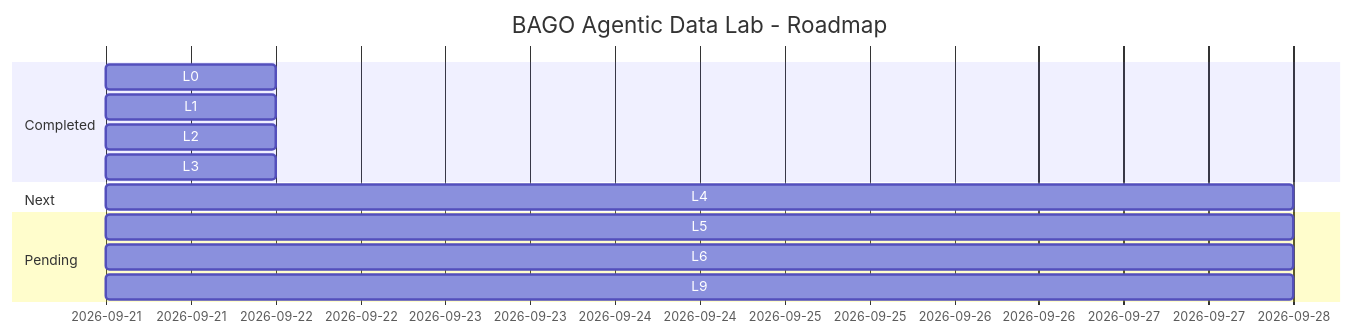
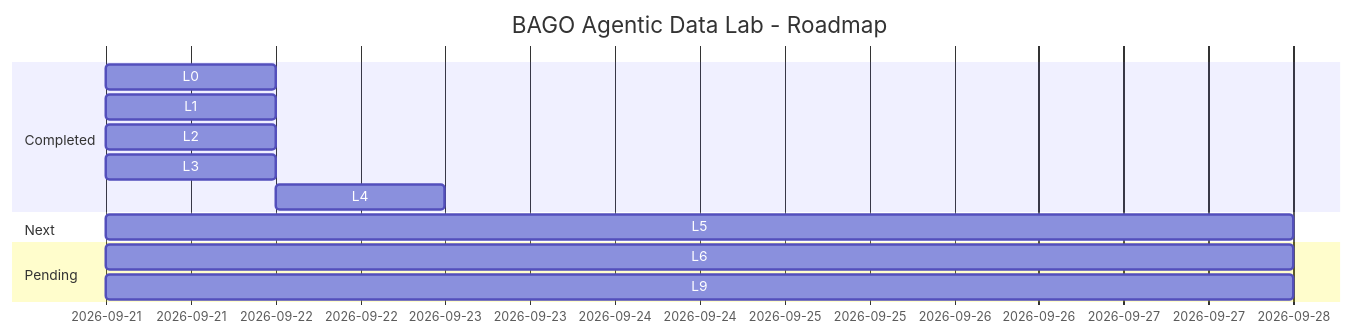
One commit to MarcValls/BAGO_AGENTIC_DATA_LAB changed the diagram in README.md. Above: the diagram before and after it, drawn with Mermaid. The commit also changed other lines of this file and 10 other files, not shown here.

````diff
--- a/README.md
+++ b/README.md
@@ -29,19 +29,19 @@
 ```mermaid
 gantt
     title BAGO Agentic Data Lab - Roadmap
     dateFormat  YYYY-MM-DD
     
     section Completed
     L0: Baseline           :done, 2026-09-21, 1d
     L1: LangGraph          :done, 2026-09-21, 1d
     L2: ETL Pipeline       :done, 2026-09-21, 1d
     L3: Metadata            :done, 2026-09-21, 1d
+    L4: Governed RAG        :done, 2026-09-22, 1d
     
     section Next
-    L4: Governed RAG        :active, after L3, 7d
+    L5: MCP                :active, after L4, 7d
     
     section Pending
-    L5: MCP                :crit, after L4, 7d
     L6: AWS Bedrock        :crit, after L5, 7d
     L9: End-to-End Agent   :crit, after L8, 7d
 ```
````
